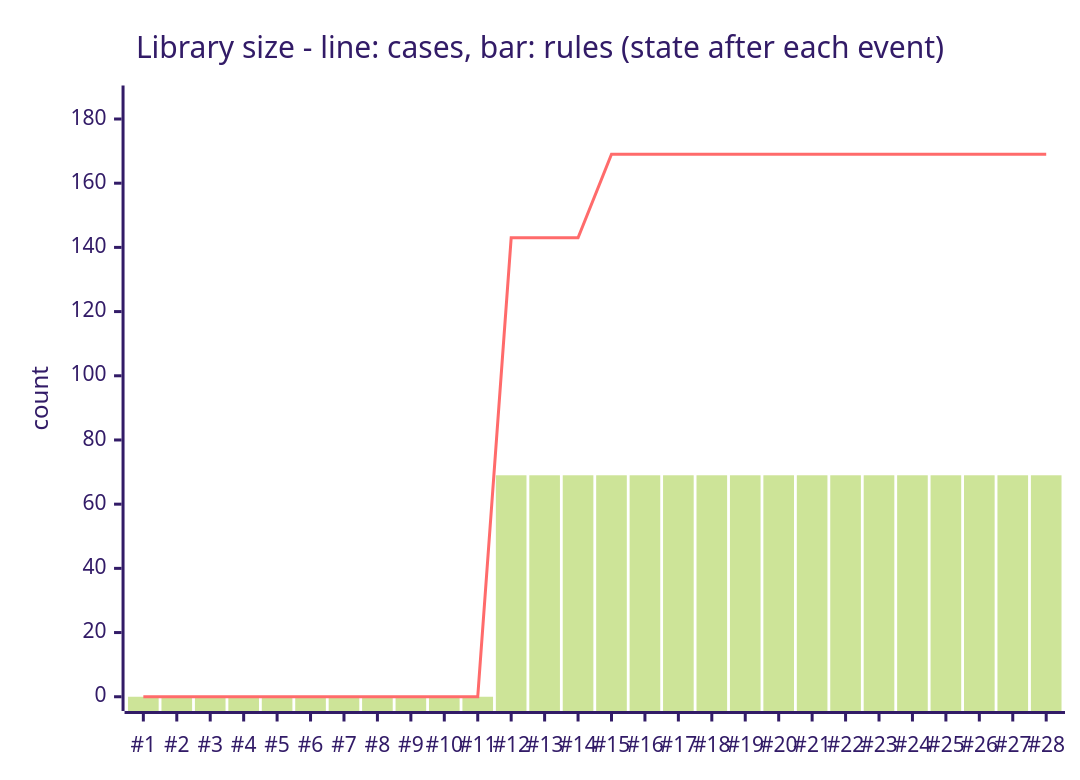
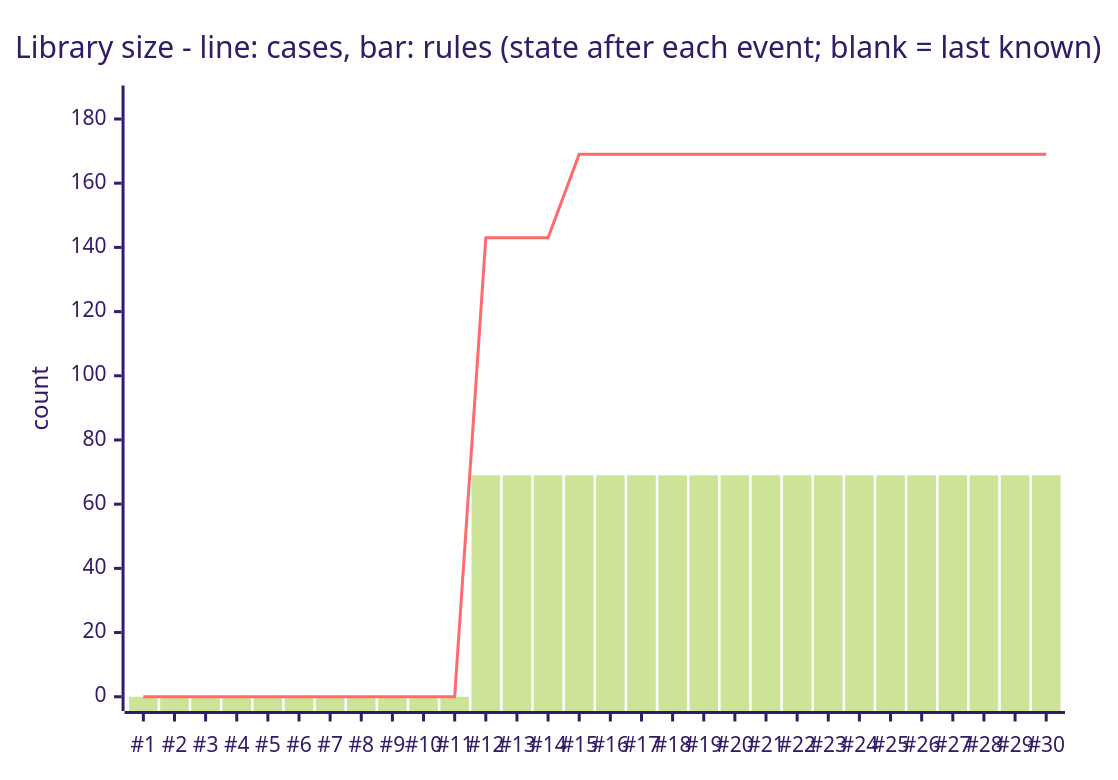
One commit to mahdighandi1989/Lifemanager changed the fifth of 5 diagrams in apps/learning-architecture/docs/HANDBOOK.md. Above: the diagram before and after it, drawn with Mermaid (forest theme). The commit also changed other lines of this file and 31 other files, not shown here.

First line of the commit message:
fix(learning-architecture): audit fixes for storage, navigation, mirror, course and content

````diff
--- a/apps/learning-architecture/docs/HANDBOOK.md
+++ b/apps/learning-architecture/docs/HANDBOOK.md
@@ -341,8 +350,8 @@
 ```mermaid
 xychart-beta
-    title "Library size - line: cases, bar: rules (state after each event)"
-    x-axis ["#1", "#2", "#3", "#4", "#5", "#6", "#7", "#8", "#9", "#10", "#11", "#12", "#13", "#14", "#15", "#16", "#17", "#18", "#19", "#20", "#21", "#22", "#23", "#24", "#25", "#26", "#27", "#28"]
+    title "Library size - line: cases, bar: rules (state after each event; blank = last known)"
+    x-axis ["#1", "#2", "#3", "#4", "#5", "#6", "#7", "#8", "#9", "#10", "#11", "#12", "#13", "#14", "#15", "#16", "#17", "#18", "#19", "#20", "#21", "#22", "#23", "#24", "#25", "#26", "#27", "#28", "#29", "#30"]
     y-axis "count" 0 --> 186
-    bar [0, 0, 0, 0, 0, 0, 0, 0, 0, 0, 0, 69, 69, 69, 69, 69, 69, 69, 69, 69, 69, 69, 69, 69, 69, 69, 69, 69]
-    line [0, 0, 0, 0, 0, 0, 0, 0, 0, 0, 0, 143, 143, 143, 169, 169, 169, 169, 169, 169, 169, 169, 169, 169, 169, 169, 169, 169]
+    bar [0, 0, 0, 0, 0, 0, 0, 0, 0, 0, 0, 69, 69, 69, 69, 69, 69, 69, 69, 69, 69, 69, 69, 69, 69, 69, 69, 69, 69, 69]
+    line [0, 0, 0, 0, 0, 0, 0, 0, 0, 0, 0, 143, 143, 143, 169, 169, 169, 169, 169, 169, 169, 169, 169, 169, 169, 169, 169, 169, 169, 169]
 ```
````
